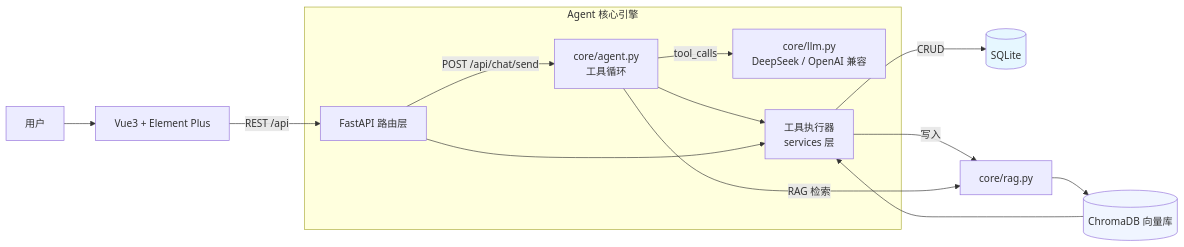
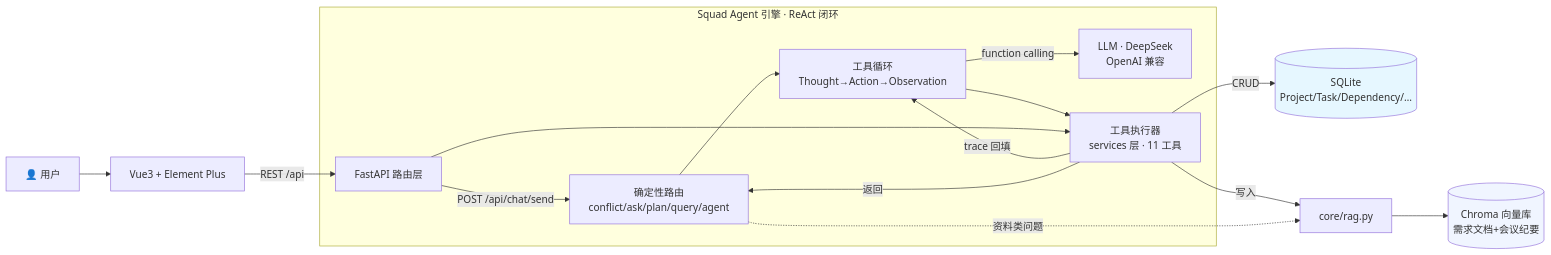
One commit to Lzittle/project-manager-agent changed the diagram in README.md. Above: the diagram before and after it, drawn with Mermaid. The commit also changed other lines of this file, not shown here.

First line of the commit message:
docs(readme): 重写 README——定名 Squad·小队智脑，突出面向背景与痛点

````diff
--- a/README.md
+++ b/README.md
@@ -32,21 +48,23 @@
 ```mermaid
 flowchart LR
-    U[用户] --> FE[Vue3 + Element Plus]
+    U[👤 用户] --> FE[Vue3 + Element Plus]
     FE -->|REST /api| API[FastAPI 路由层]
 
-    subgraph Agent[Agent 核心引擎]
-        API -->|POST /api/chat/send| AG[core/agent.py<br/>工具循环]
-        AG -->|tool_calls| LLM[core/llm.py<br/>DeepSeek / OpenAI 兼容]
-        AG --> EX[工具执行器<br/>services 层]
+    subgraph Agent[Squad Agent 引擎 · ReAct 闭环]
+        API -->|POST /api/chat/send| RT[确定性路由<br/>conflict/ask/plan/query/agent]
+        RT --> AG[工具循环<br/>Thought→Action→Observation]
+        AG -->|function calling| LLM[LLM · DeepSeek<br/>OpenAI 兼容]
+        AG --> EX[工具执行器<br/>services 层 · 11 工具]
+        EX -->|trace 回填| AG
     end
 
-    EX -->|CRUD| DB[(SQLite)]
+    EX -->|CRUD| DB[(SQLite<br/>Project/Task/Dependency/…)]
     EX -->|写入| RAGIN[core/rag.py]
-    RAGIN --> CH[(ChromaDB 向量库)]
-    AG -->|RAG 检索| RAGIN
-    CH --> EX
+    RAGIN --> CH[(Chroma 向量库<br/>需求文档+会议纪要)]
+    RT -.资料类问题.-> RAGIN
+    EX -->|返回| RT
     API --> EX
 
     style DB fill:#e6f7ff
     style CH fill:#f0f5ff
 ```
````
